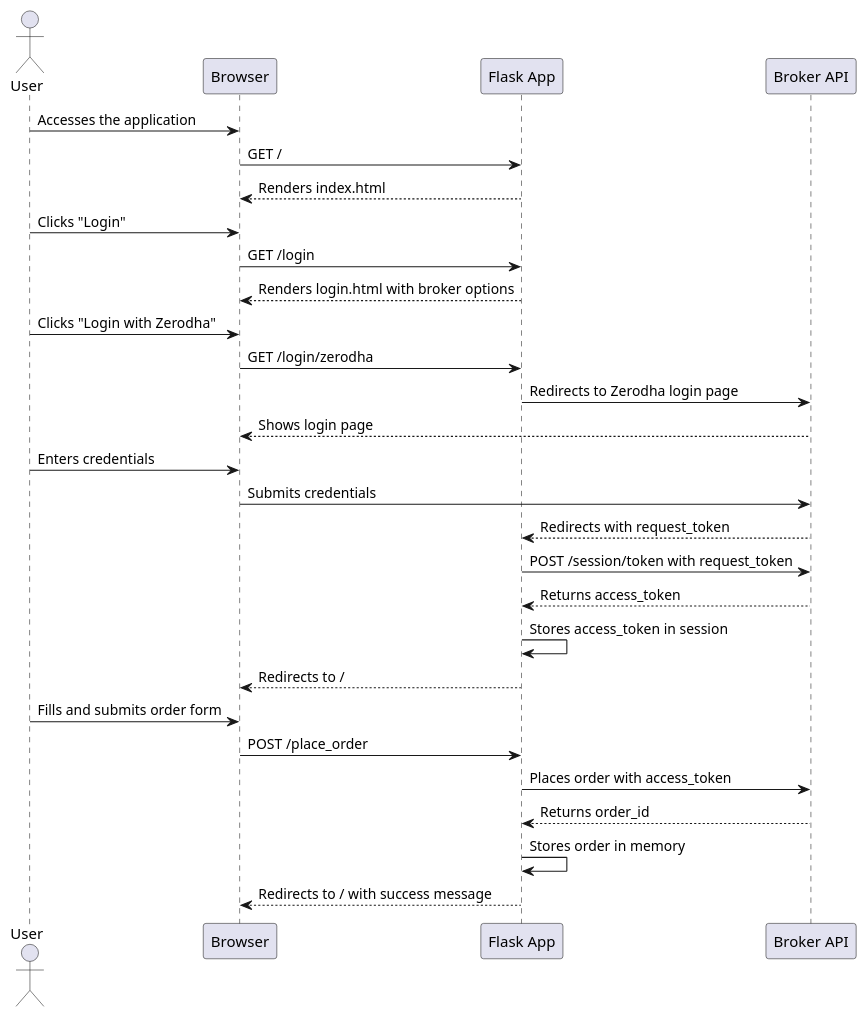
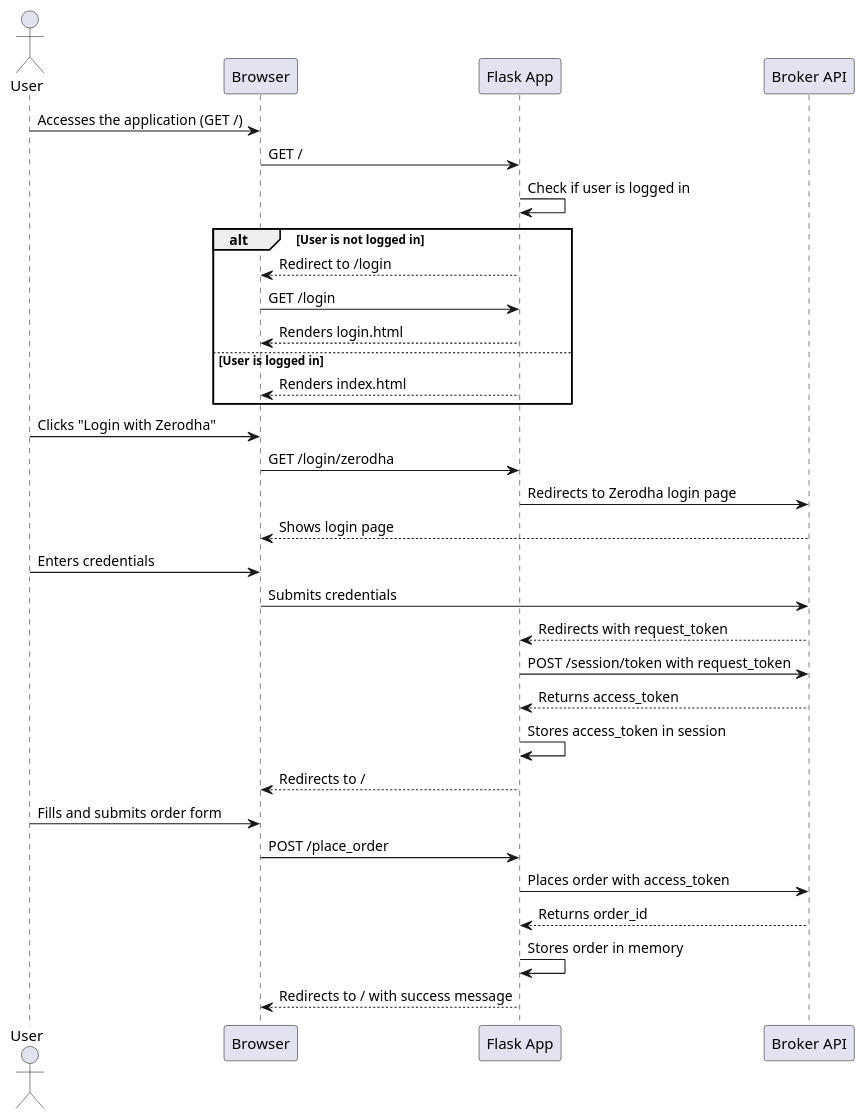
Before and after one commit to arjunbagga-xyz/RiskManagement_Slingshot: the first of 2 diagrams in WORKFLOW.md, drawn with PlantUML. The commit also changed other lines of this file and 2 other files, not shown here.

First line of the commit message:
feat: Implement login-first workflow and update documentation

````diff
--- a/WORKFLOW.md
+++ b/WORKFLOW.md
@@ -9,36 +9,39 @@
 ```plantuml
 @startuml
 actor User
 participant Browser
 participant "Flask App" as App
 participant "Broker API" as Broker
 
-User -> Browser: Accesses the application
+User -> Browser: Accesses the application (GET /)
 Browser -> App: GET /
-App --> Browser: Renders index.html
-
-User -> Browser: Clicks "Login"
-Browser -> App: GET /login
-App --> Browser: Renders login.html with broker options
+App -> App: Check if user is logged in
+alt User is not logged in
+    App --> Browser: Redirect to /login
+    Browser -> App: GET /login
+    App --> Browser: Renders login.html
+else User is logged in
+    App --> Browser: Renders index.html
+end
 
 User -> Browser: Clicks "Login with Zerodha"
 Browser -> App: GET /login/zerodha
 App -> Broker: Redirects to Zerodha login page
 Broker --> Browser: Shows login page
 User -> Browser: Enters credentials
 Browser -> Broker: Submits credentials
 Broker --> App: Redirects with request_token
 
 App -> Broker: POST /session/token with request_token
 Broker --> App: Returns access_token
 App -> App: Stores access_token in session
 App --> Browser: Redirects to /
 
 User -> Browser: Fills and submits order form
 Browser -> App: POST /place_order
 App -> Broker: Places order with access_token
 Broker --> App: Returns order_id
 App -> App: Stores order in memory
 App --> Browser: Redirects to / with success message
 @enduml
 ```
````
